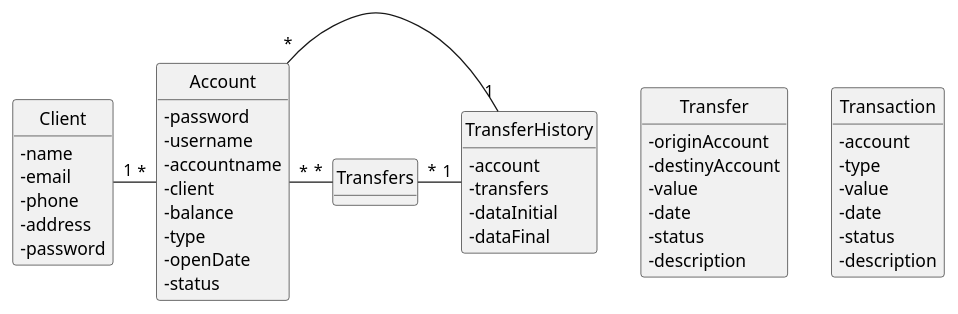
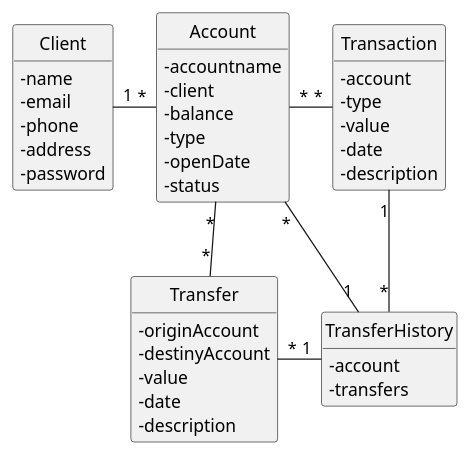
One commit to mpoboas/natwise changed the diagram in docs/DomainModel.puml. Above: the diagram before and after it, drawn with PlantUML.

Commit message:
Update Domain Model

```diff
--- a/docs/DomainModel.puml
+++ b/docs/DomainModel.puml
@@ -1,56 +1,52 @@
 @startuml DomainModel
 'https://plantuml.com/class-diagram
 skinparam classAttributeIconSize 0
 hide circle
 hide methods
 
 class Client {
     - name
     - email 
     - phone
     - address
     - password
 }
 
 class Account {
-    - password
-    - username
     - accountname
     - client
     - balance
     - type
     - openDate
     - status
 }
 
 class Transfer {
     - originAccount
     - destinyAccount
     - value
     - date
-    - status
     - description
 }
 
 class Transaction {
     - account
     - type
     - value
     - date
-    - status
     - description
 }
 
 class TransferHistory {
     - account
     - transfers
-    - dataInitial
-    - dataFinal
 }
 
 Client "1"-"*" Account
-Account "*"-"*" Transfers
+Account "*"-"*" Transfer
 Account "*"-"1" TransferHistory
-Transfers "*"-"1" TransferHistory
+Transfer "*"-"1" TransferHistory
+Account "*"-"*" Transaction
+Transaction "1"-d-"*" TransferHistory
 
 @enduml
```
